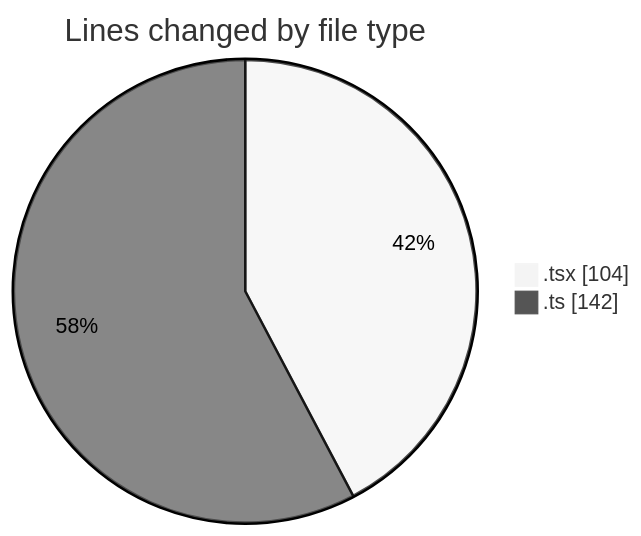
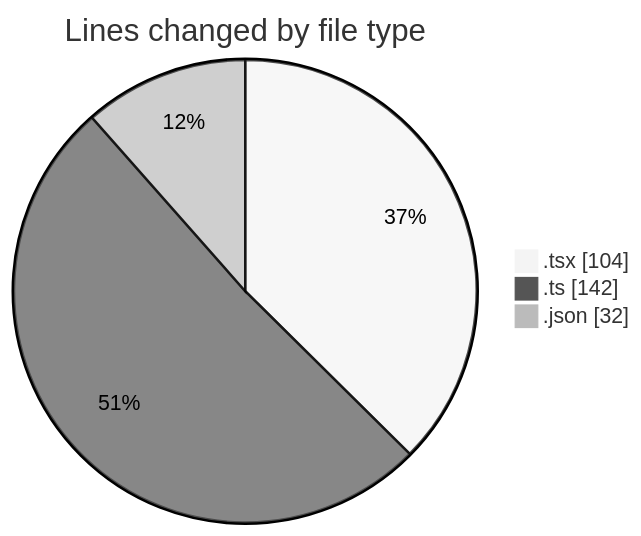
Before and after one commit to momahboobian/code-tracking: the first of 2 diagrams in 2026-07-22/cda/README.md, drawn with Mermaid (neutral theme). The commit also changed other lines of this file and 1 other file, not shown here.

````diff
--- a/2026-07-22/cda/README.md
+++ b/2026-07-22/cda/README.md
@@ -23,6 +24,7 @@
 ```mermaid
 pie showData
 title Lines changed by file type
 ".tsx" : 104
 ".ts" : 142
+".json" : 32
 ```
````
